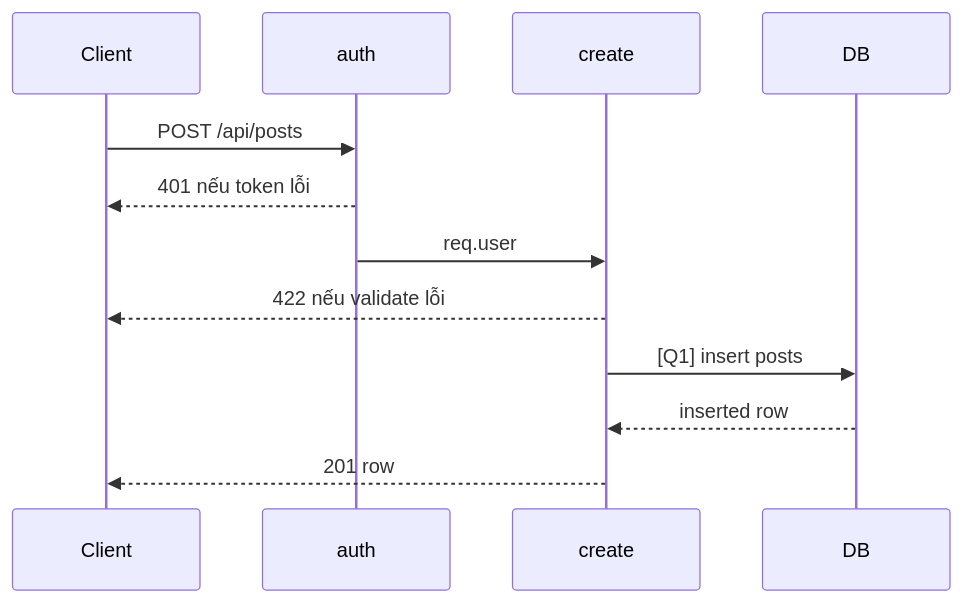
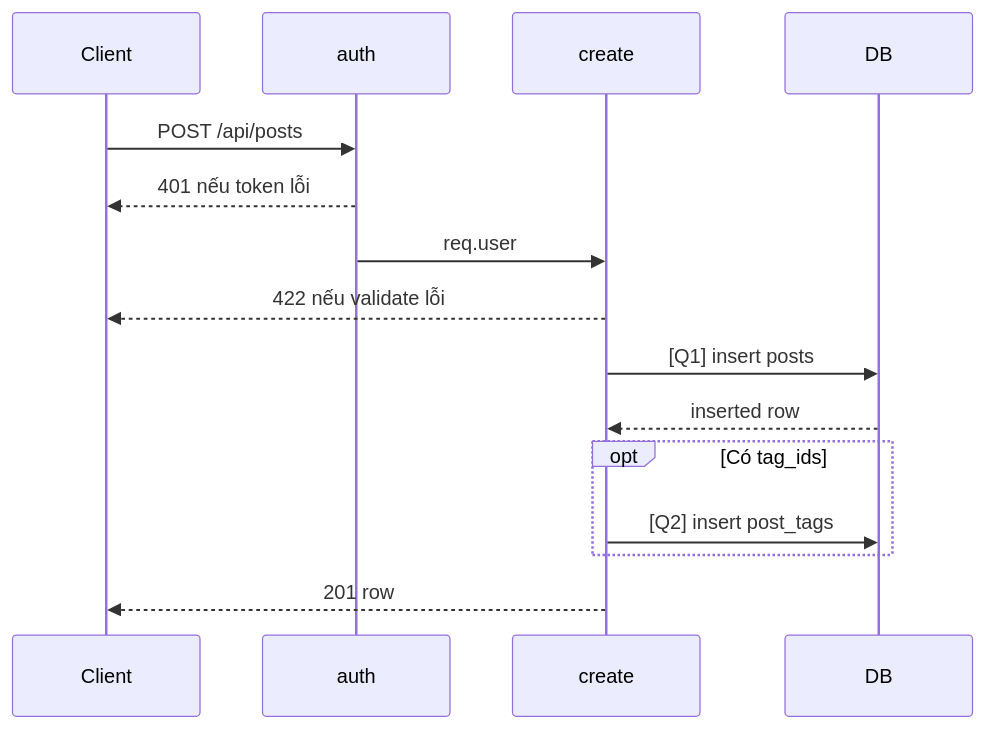
Before and after one commit to pmduc97/demo_ai_workspace: the diagram in demo_docs/api/[Design][API] API07_Posts_TaoBai.md, drawn with Mermaid. The commit also changed other lines of this file and 42 other files, not shown here.

````diff
--- a/demo_docs/api/[Design][API] API07_Posts_TaoBai.md
+++ b/demo_docs/api/[Design][API] API07_Posts_TaoBai.md
@@ -70,14 +74,17 @@
 ```mermaid
 sequenceDiagram
   participant C as Client
   participant A as auth
   participant P as create
   participant DB as DB
   C->>A: POST /api/posts
   A-->>C: 401 nếu token lỗi
   A->>P: req.user
   P-->>C: 422 nếu validate lỗi
   P->>DB: [Q1] insert posts
   DB-->>P: inserted row
+  opt Có tag_ids
+    P->>DB: [Q2] insert post_tags
+  end
   P-->>C: 201 row
 ```
````
